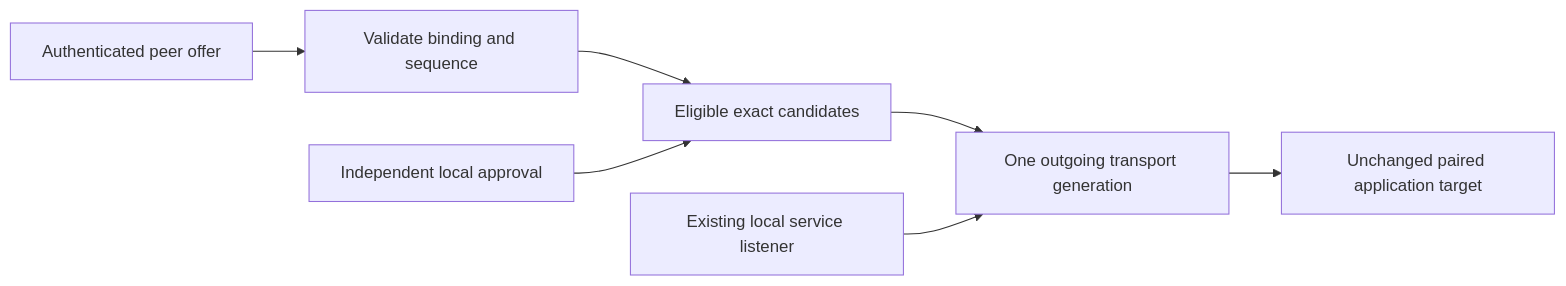
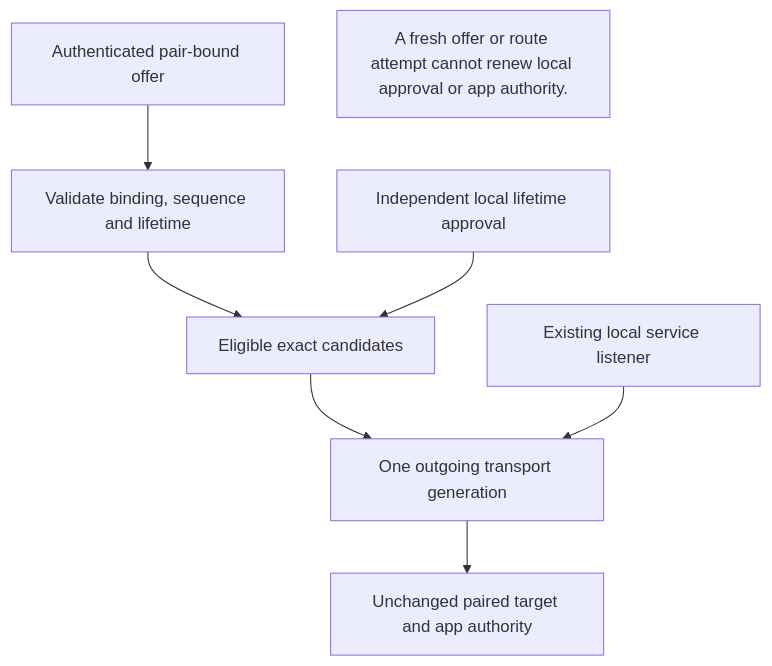
The third of 4 diagrams in docs/ARCHITECTURE.md (webkaz-labs/sobalink), drawn with Mermaid before and after one commit. The commit also changed other lines of this file and 238 other files, not shown here.

First line of the commit message:
docs: explain workflows with distinct diagrams and real screen examples (#60)

````diff
--- a/docs/ARCHITECTURE.md
+++ b/docs/ARCHITECTURE.md
@@ -82,9 +91,13 @@
 ```mermaid
-flowchart LR
-    O[Authenticated peer offer] --> V[Validate binding and sequence]
-    V --> E[Eligible exact candidates]
-    P[Independent local approval] --> E
-    E --> T[One outgoing transport generation]
-    L[Existing local service listener] --> T
-    T --> A[Unchanged paired application target]
+flowchart TD
+ accTitle: New transport generation, same scoped target
+ accDescr: A fresh offer or route attempt cannot renew local approval or app authority.
+ O["Authenticated pair-bound offer"] --> V["Validate binding, sequence and lifetime"]
+ V --> E["Eligible exact candidates"]
+ P["Independent local lifetime approval"] --> E
+ E --> T["One outgoing transport generation"]
+ L["Existing local service listener"] --> T
+ T --> A["Unchanged paired target and app authority"]
+
+ LIMIT["A fresh offer or route attempt cannot renew local approval or app authority."]
 ```
````
